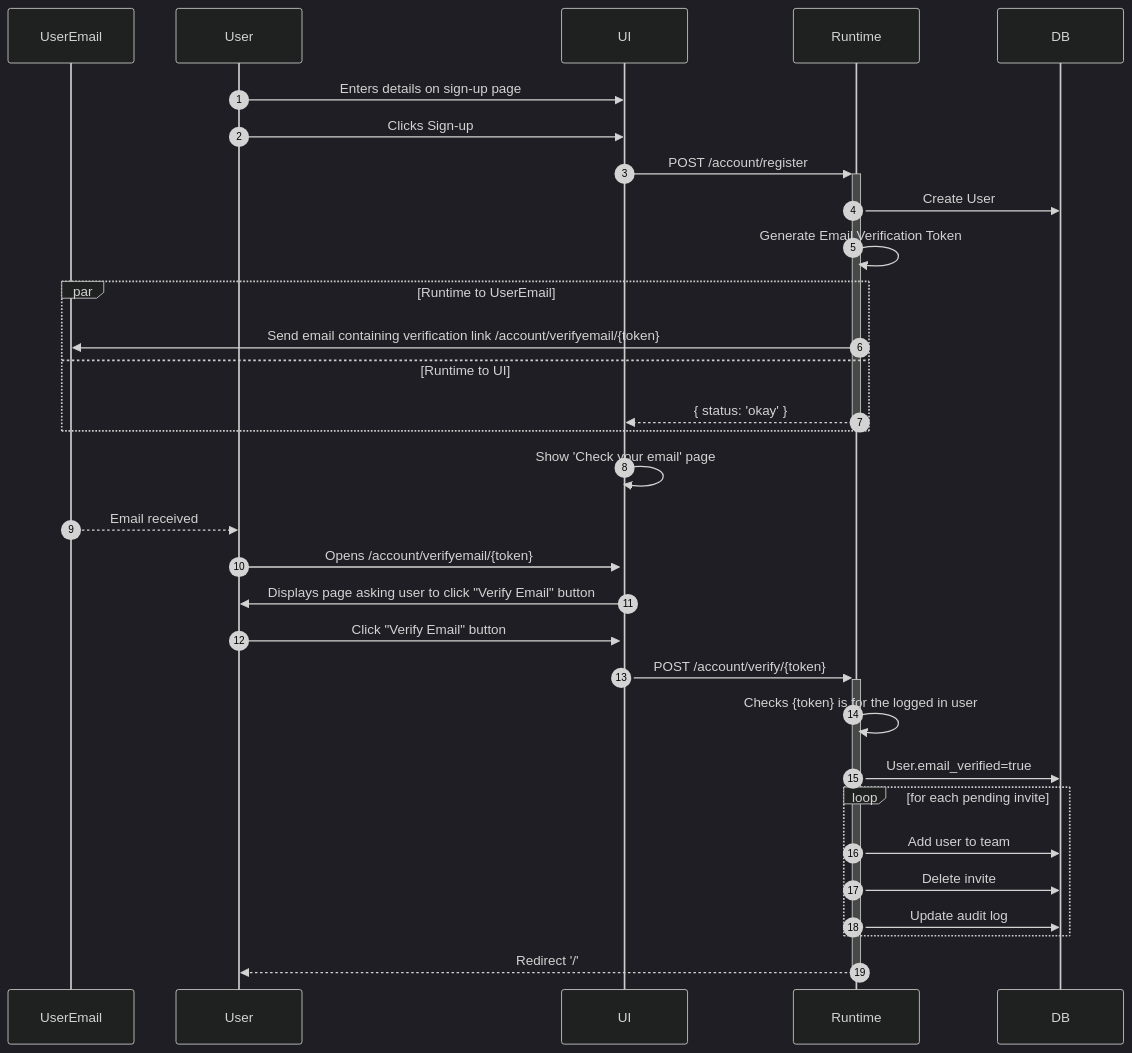
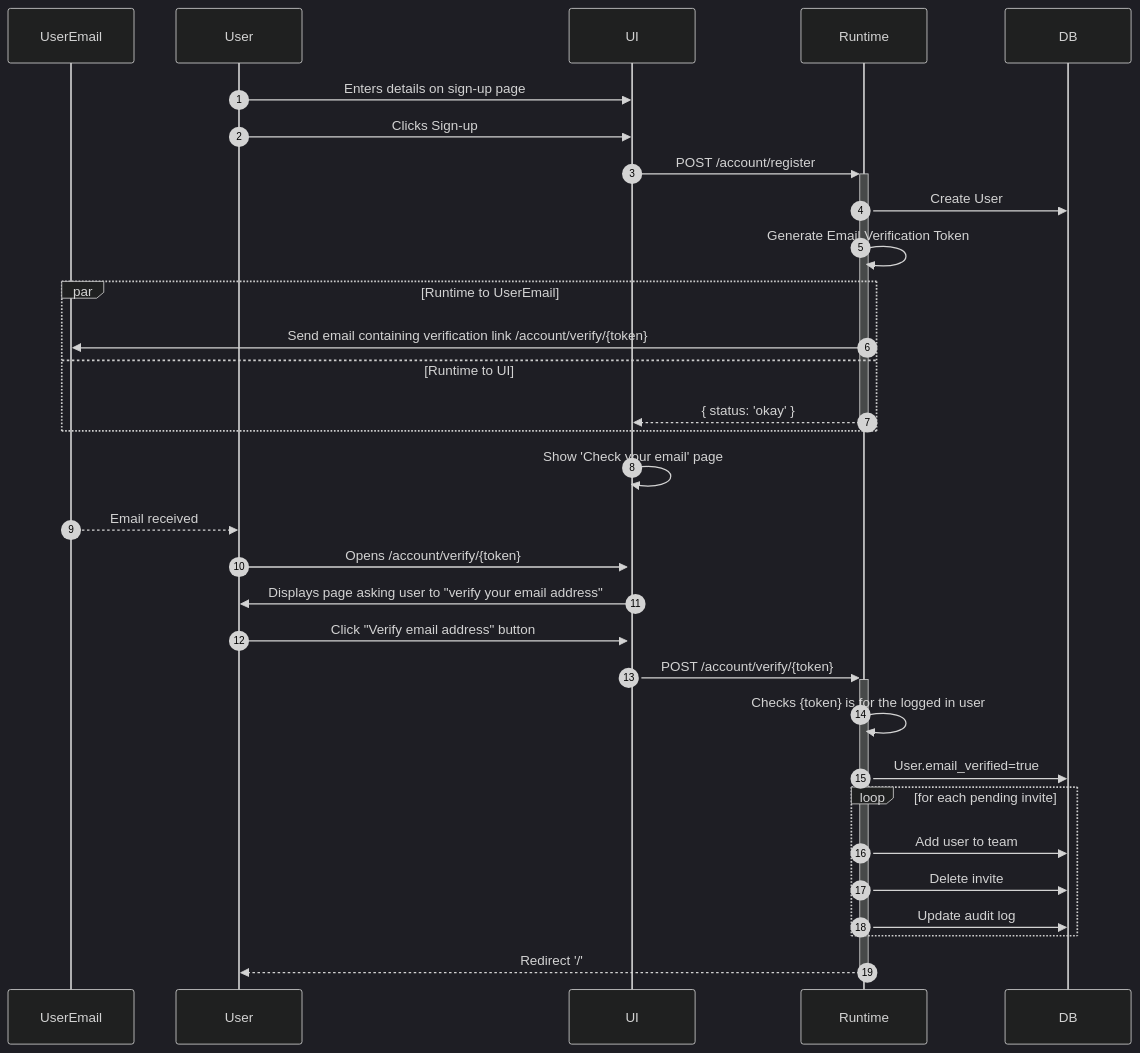
Before and after one commit to FlowFuse/flowfuse: the diagram in docs/contribute/workflows/signup.md, drawn with Mermaid (dark theme).

Commit message:
update mermaid

````diff
--- a/docs/contribute/workflows/signup.md
+++ b/docs/contribute/workflows/signup.md
@@ -3,35 +3,35 @@
 ```mermaid
 sequenceDiagram
-    %% https://mermaid.live/edit#pako:eNqNVE2P2jAQ_SsjXzjsUu6RulJ3iSpOWxHSU6TKaw_BSrBTf1BFiP_esRNoYFltOYXM87x5b158ZMJIZBlz-DugFrhUvLZ8X2mgHw_e6LB_Qzv877j1SqiOaw9lDtxB6dDme67aO4DiDLhTW71_t95E_Dpor_b4vrx8Ht6VxfzpqVxlkGuP1oFET_QOjAanaj0PHR2r8Qb80irROCgGxFhcUfFhvcngx2uxgQUXwhD7wmKtnD-Pvd4QavlMLSxyjxNBqRKPf0eNNtaSE_ATrdoqwb2imTamQX1Rc5YH3txad-lY5hkUqCVg6iaMJoFa6RoO08at0s2_mVOpTycWRx85T-MKqdGUdHXFRnTzaM8RnOc-uAxmpuH9DMbTNEalJ25FbLEzf2D2skPRQG-CHeacTV3PY-OyyEZDLApUB5STnTzETq8davcfGgZqardUrmt57xIXpaWJrgTyMUoTccVQsWR_P1BXDN6CpxDfi8Mn2A_SMUx5PeAlCckVB2MRlIOtoeF2CK2pa5SgdJr3JloxCl-S8F_DjlF-9TaMdrbGdKkPcrED8kxG2UoflMeb7MRm36S8eOLx_ClfQZbYIsX1wxZlJ2OceZDKx8knYZgGhzayRqlovR5mi1ml2SPboyUdkm6UYwRXjMTT58wyepTcNhWr9IlwIVHkRGAsy7a8dfjI4n1T9FqwLKo_g8YraUSd_gKYcISX
+    %% https://mermaid.live/edit#pako:eNp9VWtv4joQ_SsWV6t-2GVb0gIp0l0JSHiHQB4UUKXIxCaYJHZwHAit9r-vA7SX7fYun0LmzJkzMyf2a8lnCJcapRTvMkx9rBEYcBg_UyB_X76AjRBJ2ri9jTGPIUHfI7LHtxgR8U8CQ9bA4914pisTZducena6nb9sUzerWVk0uCd2Yj7lPdutOUN48Fo2bznrSqtDJh5OrTFbdCJhLuaGWs-rq0pVXRqD_rIVvZS1LOjwjbsfLdW5Ege9g4dro5Y3fdmr9fq2Yu-ICQ-PkSbyVg1pMa7VofmgEW20cZ7qFU88VnVPSxj3Vg97nqs9UZvl65dkN8ujsJtNKqyjO97U3DYhhdu7Sc9SuDpdqXeEW2Y76Oadje-uO5u9T4NcyfJg6s4PG61-iIeCauXJHj1M4T4yRnZ-3Obj1s4aTtZ3eDwW0Na9psMR2x1WCokdGE_nFcuvLnr3IoeoHC2qm9DdtWdBjUBjwDqwZjHzToXiLlW8eGYmztF_snK16pSN4Q51XdSbdyzqvEBDtajpl7NmHidZ71EzVs5Yh9FAqXZWI_1lrWhKGk6sabfc7mHoO7P7yaJsHo_6Uhs1E7dVtR1Jozs7FcG9v-4Gyx3kyOWxqNbz_jyBTwMeOEfDZY7vz6bpk-VNKq25Nq61k1xbE9WgStOzDTevTnAzavvhrKUYVtQ3BcMdpT1UEli1AzTg94OI5e2obKsdT9tGnfKjAw3EV100DCc-1zU1zLuKy9aRgVd1w4rva7aKzVHutaP1dLla9NN55ZAvZW-mj5faMFdDulgG3c0LPFq7iO2takwqcaTYkxU7uiiMa-7iYM23huNU1cMRJ44_3jzxx3506M96odVtpsc6VNF623-gFeexszuMhswL1AWHro28YLjw-_b87HmYCUazeIX5-X8CuSA-SSAVwNUBTIGbYq7LjyH6BGC_AT6J9f98ZzkF3sqoIDH-M6y1zu9cu_zjh9tvAJ0KzFOAsJDlU8AoSElAy1ki0wL8AdyOiB-mwD4jLsG-DH61nAaYmLYDbqHvM1n9luOApOJNtuVIlNaSFBxDga8aOkWK9C6mmBex0yTADHOyJj4URGpyWIjpezdv7QHBPo7undHVG8DGFAF8YvMZlQ1SQgOwvyaOCA3_03wKHW9fRVHu52V7kuO6Xv-3QrJSuZjMK0gFFFnaADcshMcbcMmWCp7p1aAKrL1hB3DT3mA_BEeW8bPEm-uB6wWxazcus-DYx_KURFfr-FowmQmm6d_ln6tKJo2kSQSP6amM9EhYzCKT0yu6ei6dc6_0AIgQx2n6XPrMBDJjds74AAarTEi7_90bnwl998FpMCm4BAFJwZpJkRsMIhYEGAFCT7o_GKswwveTGO-8YYz-FTy7TDRiLDnxyJNsA-TYUNE-oXsi8AfnFGRNhN5nI_Db5fUbRMMRlmb9Xwo3QYWZYSZvtkL5lR-uvSM3Y8nLT25YgJvbm2da-la63IzyDn0twM8l2bz8mEsN-YggD4uV_JS47FRClwUYLzXWMErxt1Jx2thH6pcaRfdvoMslfEH9_AUC2oYO
     autonumber
     participant UE as UserEmail
     participant US as User
     participant UI
     participant RT as Runtime
     participant DB
     US->>UI: Enters details on sign-up page
     US->>UI: Clicks Sign-up
     UI->>+RT: POST /account/register
     RT->>DB: Create User
     RT->>RT: Generate Email Verification Token
     par Runtime to UserEmail
-        RT->>UE: Send email containing verification link /account/verifyemail/{token}
+        RT->>UE: Send email containing verification link /account/verify/{token}
     and Runtime to UI
         RT-->>-UI: { status: 'okay' }
     end
 
     UI->>UI: Show 'Check your email' page
     UE-->>US: Email received
-    US->>+UI: Opens /account/verifyemail/{token}
-    UI->>US: Displays page asking user to click "Verify Email" button
-    US->>UI: Click "Verify Email" button
+    US->>+UI: Opens /account/verify/{token}
+    UI->>US: Displays page asking user to "verify your email address"
+    US->>UI: Click "Verify email address" button
     UI->>+RT: POST /account/verify/{token}
     RT->>RT: Checks {token} is for the logged in user
     RT->>DB: User.email_verified=true
     loop for each pending invite
         RT->>DB: Add user to team
         RT->>DB: Delete invite
         RT->>DB: Update audit log
     end
     RT-->>-US: Redirect '/'
 ```
````
